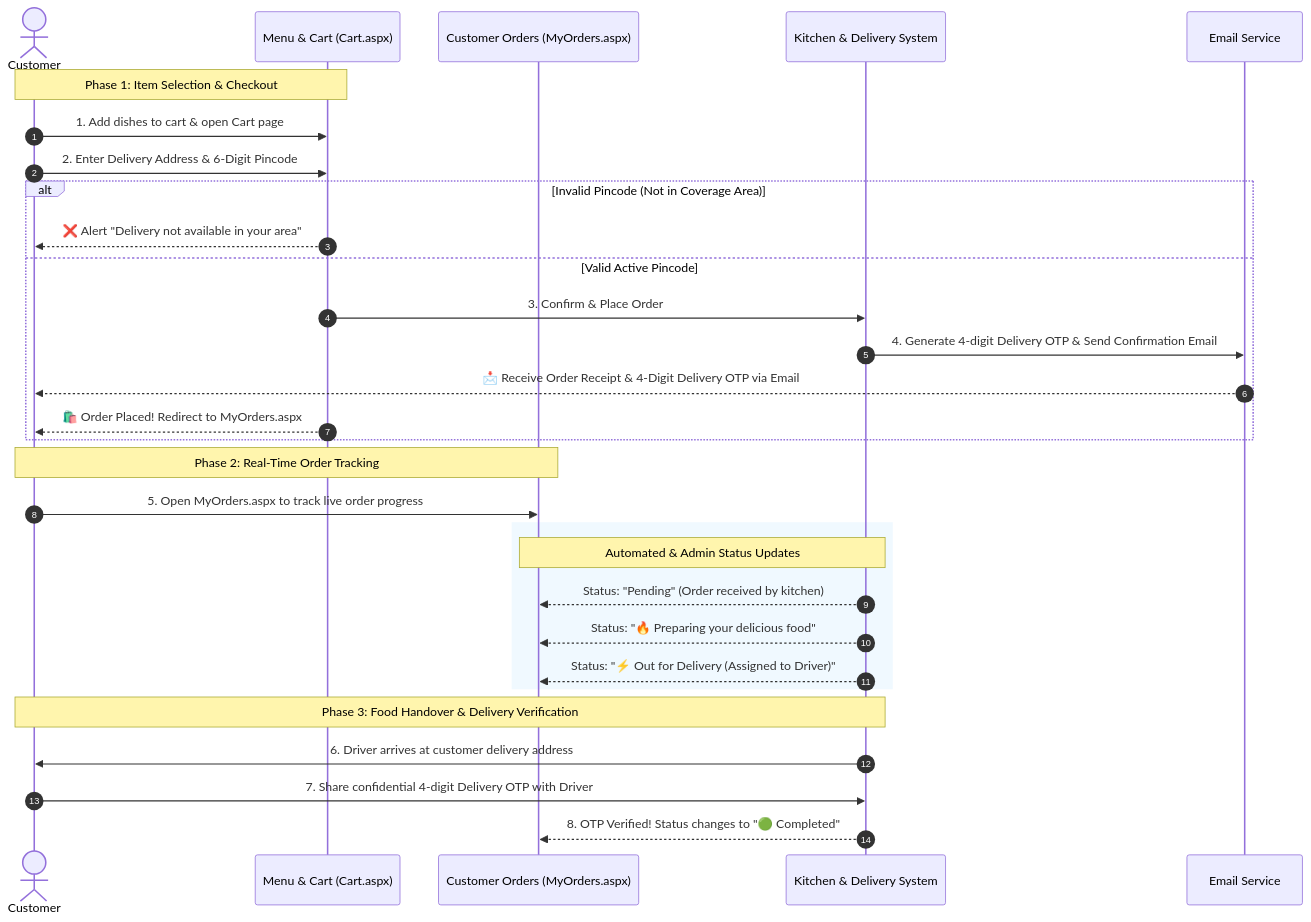
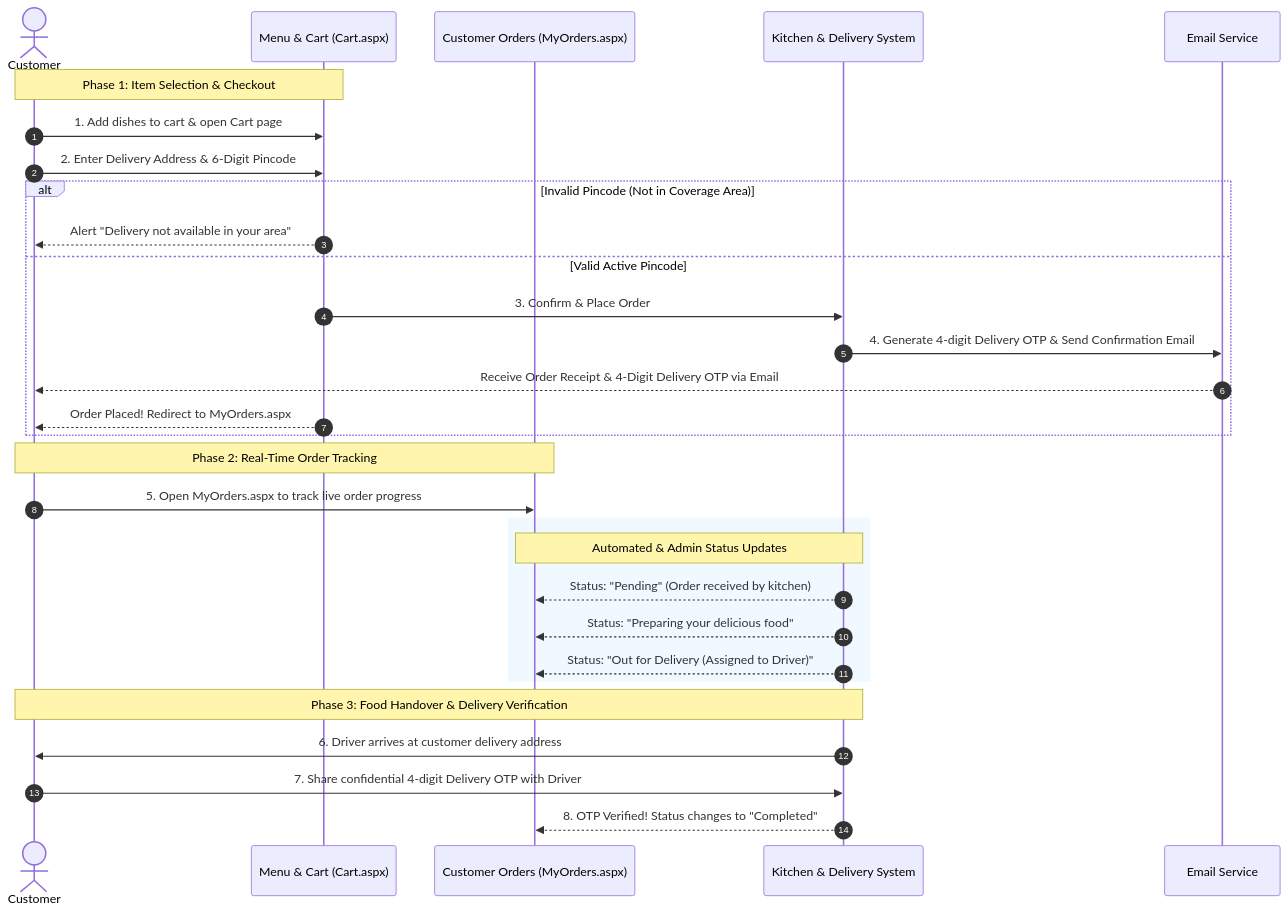
Before and after one commit to vinitsonii/Cloud-kitchen-management-system: the diagram in CLoud Kitchen Project/Cloud Kitchen/docs/1_CUSTOMER_WORKFLOW.md, drawn with Mermaid. The commit also changed 2 other files, not shown here.

Commit message:
docs: Clean Mermaid diagram syntax for 100% universal Markdown preview rendering compatibility

````diff
--- a/CLoud Kitchen Project/Cloud Kitchen/docs/1_CUSTOMER_WORKFLOW.md
+++ b/CLoud Kitchen Project/Cloud Kitchen/docs/1_CUSTOMER_WORKFLOW.md
@@ -24,37 +24,37 @@
 ```mermaid
 sequenceDiagram
     autonumber
     actor Customer
     participant Storefront as Menu & Cart (Cart.aspx)
     participant OrdersPage as Customer Orders (MyOrders.aspx)
     participant System as Kitchen & Delivery System
     participant Email as Email Service
 
     Note over Customer,Storefront: Phase 1: Item Selection & Checkout
     Customer->>Storefront: 1. Add dishes to cart & open Cart page
     Customer->>Storefront: 2. Enter Delivery Address & 6-Digit Pincode
     
     alt Invalid Pincode (Not in Coverage Area)
-        Storefront-->>Customer: ❌ Alert "Delivery not available in your area"
+        Storefront-->>Customer: Alert "Delivery not available in your area"
     else Valid Active Pincode
         Storefront->>System: 3. Confirm & Place Order
         System->>Email: 4. Generate 4-digit Delivery OTP & Send Confirmation Email
-        Email-->>Customer: 📩 Receive Order Receipt & 4-Digit Delivery OTP via Email
-        Storefront-->>Customer: 🛍️ Order Placed! Redirect to MyOrders.aspx
+        Email-->>Customer: Receive Order Receipt & 4-Digit Delivery OTP via Email
+        Storefront-->>Customer: Order Placed! Redirect to MyOrders.aspx
     end
 
     Note over Customer,OrdersPage: Phase 2: Real-Time Order Tracking
     Customer->>OrdersPage: 5. Open MyOrders.aspx to track live order progress
 
     rect rgb(240, 249, 255)
         Note over OrdersPage,System: Automated & Admin Status Updates
         System-->>OrdersPage: Status: "Pending" (Order received by kitchen)
-        System-->>OrdersPage: Status: "🔥 Preparing your delicious food"
-        System-->>OrdersPage: Status: "⚡ Out for Delivery (Assigned to Driver)"
+        System-->>OrdersPage: Status: "Preparing your delicious food"
+        System-->>OrdersPage: Status: "Out for Delivery (Assigned to Driver)"
     end
 
     Note over Customer,System: Phase 3: Food Handover & Delivery Verification
     System->>Customer: 6. Driver arrives at customer delivery address
     Customer->>System: 7. Share confidential 4-digit Delivery OTP with Driver
-    System-->>OrdersPage: 8. OTP Verified! Status changes to "🟢 Completed"
+    System-->>OrdersPage: 8. OTP Verified! Status changes to "Completed"
 ```
````
